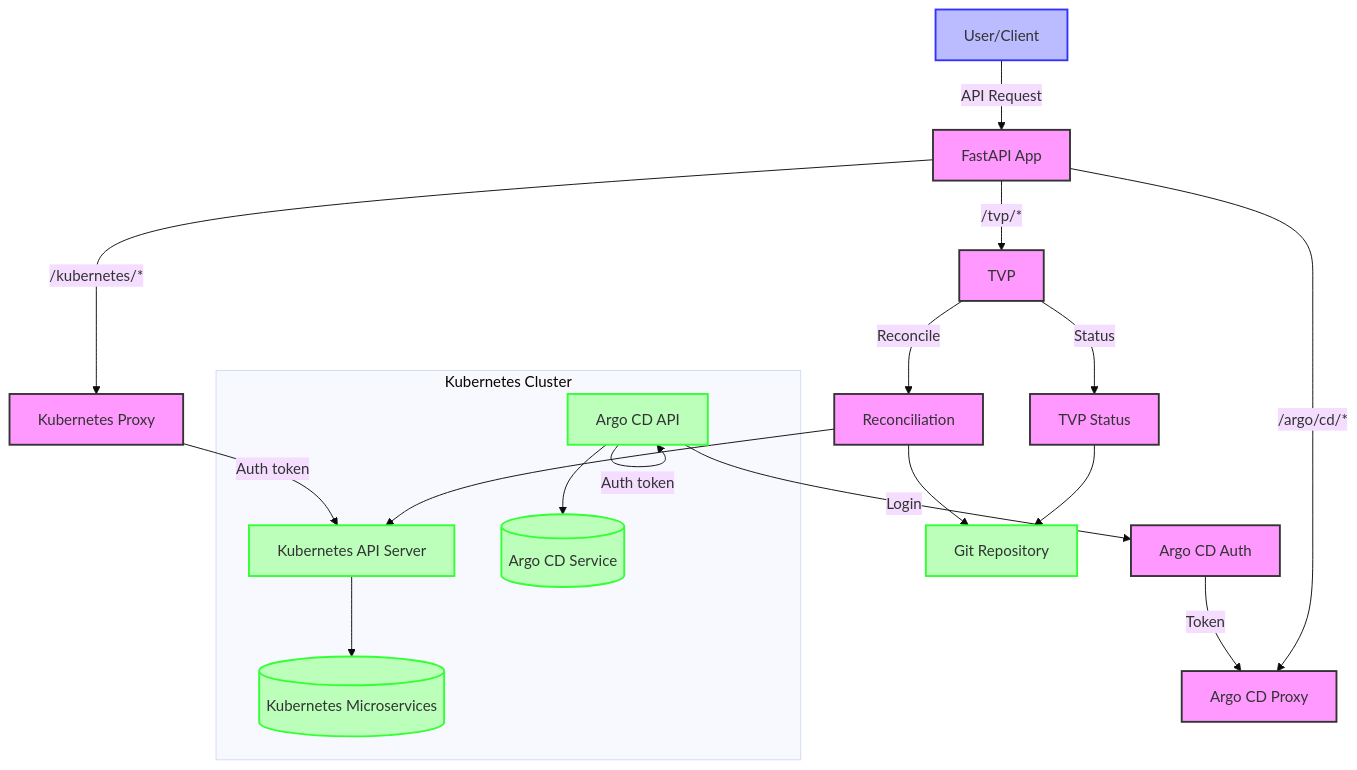
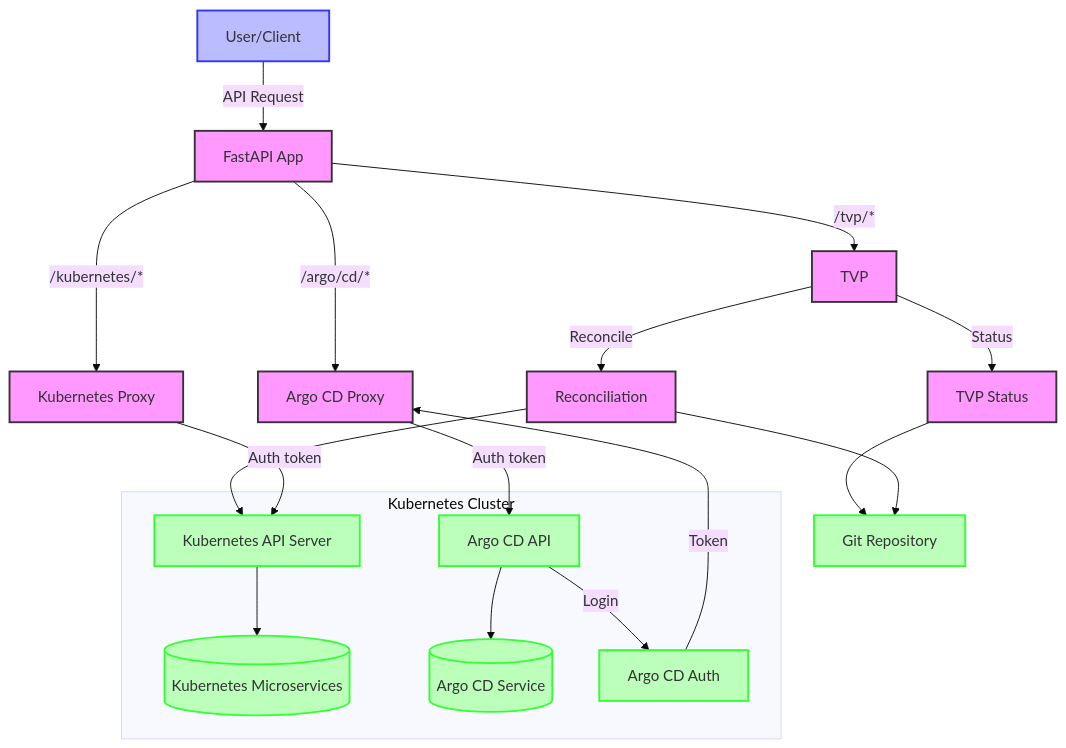
The diagram in fastapi/mermaid/data-flow-diagram.mermaid (lloydchang/tvp-k8s), drawn with Mermaid (base theme) before and after one commit.

```diff
--- a/fastapi/mermaid/data-flow-diagram.mermaid
+++ b/fastapi/mermaid/data-flow-diagram.mermaid
@@ -1,31 +1,29 @@
 flowchart TD
     User[User/Client] -->|API Request| API[FastAPI App]
     
     API -->|/kubernetes/*| KP[Kubernetes Proxy]
     API -->|/argo/cd/*| AP[Argo CD Proxy]
     API -->|/tvp/*| TVP[TVP]
         
     TVP -->|Status| TS[TVP Status]
     TVP -->|Reconcile| R[Reconciliation]
     
     TS --> Git[Git Repository]
     R --> Git
     R --> KA
-
     KP -->|Auth token| KA[Kubernetes API Server]
-    AA -->|Auth token| AA[Argo CD API]
-    AA -->|Login| Auth[Argo CD Auth]
-    Auth -->|Token| AP
-
+    AP -->|Auth token| AA[Argo CD API]
     subgraph "Kubernetes Cluster"
         KA --> Kubernetes[(Kubernetes Microservices)]
         AA --> ArgoCD[(Argo CD Service)]
+        AA -->|Login| Auth[Argo CD Auth]
     end
+    Auth -->|Token| AP
     
     classDef user fill:#bbf,stroke:#33f,stroke-width:2px
     classDef app fill:#f9f,stroke:#333,stroke-width:2px
     classDef external fill:#bfb,stroke:#3f3,stroke-width:2px
     
     class User user
-    class API,KP,AP,TVP,TS,R,Auth app
-    class Kubernetes,ArgoCD,Git,KA,AA external
+    class API,KP,AP,TVP,TS,R app
+    class Kubernetes,ArgoCD,Git,KA,AA,Auth external
```
